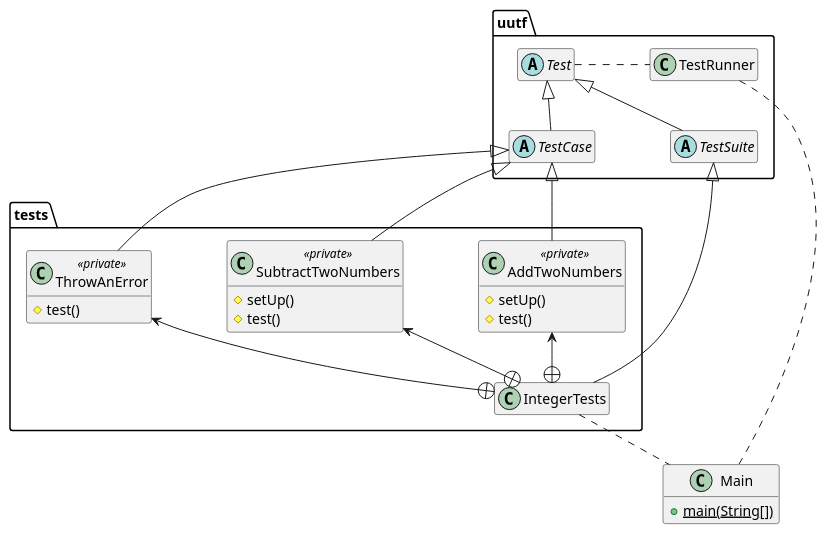
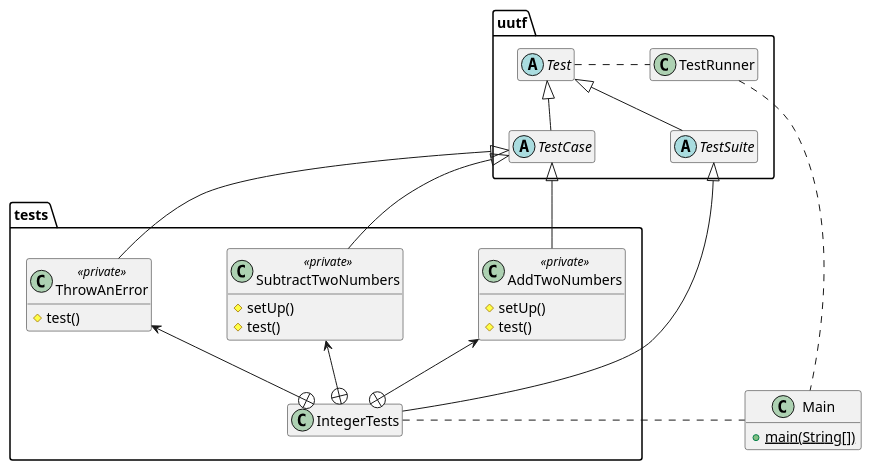
One commit to ace-lectures/inf5153-junit-demo changed the diagram in docs/uml/5_fixture_example.puml. Above: the diagram before and after it, drawn with PlantUML. The commit also changed 24 other files, not shown here.

```diff
--- a/docs/uml/5_fixture_example.puml
+++ b/docs/uml/5_fixture_example.puml
@@ -1,59 +1,61 @@
 @startuml
 
 skinparam nodesep 75
 skinparam ranksep 50
 hide empty members
 
 
 
 package uutf {
 
   abstract class Test
   abstract class TestCase
   abstract class TestSuite
   Test <|-- TestCase
   Test <|-- TestSuite
   Test . TestRunner
   class TestRunner
 
 }
 
 package tests {
 
   class AddTwoNumbers <<private>> {
     # setUp()
     # test()
   }
 
-  class SubtractTwoNumbers <<private>> {
-    # setUp()
-    # test()
-  }
-
   class ThrowAnError  <<private>> {
     # test()
   }
 
-  class IntegerTests
+
+  together {
+    class SubtractTwoNumbers <<private>> {
+      # setUp()
+      # test()
+    }
+    class IntegerTests
+  }
 
 }
 
 TestCase <|-- AddTwoNumbers
 TestCase <|-- SubtractTwoNumbers
 TestCase <|-- ThrowAnError
 TestSuite <|-- IntegerTests
 
 AddTwoNumbers <--+ IntegerTests
 SubtractTwoNumbers <--+ IntegerTests
 ThrowAnError <--+ IntegerTests
 
 class Main {
   + {static} main(String[])
 }
 
 
-IntegerTests .. Main
+IntegerTests . Main
 TestRunner .. Main
 
 
 @enduml
```
